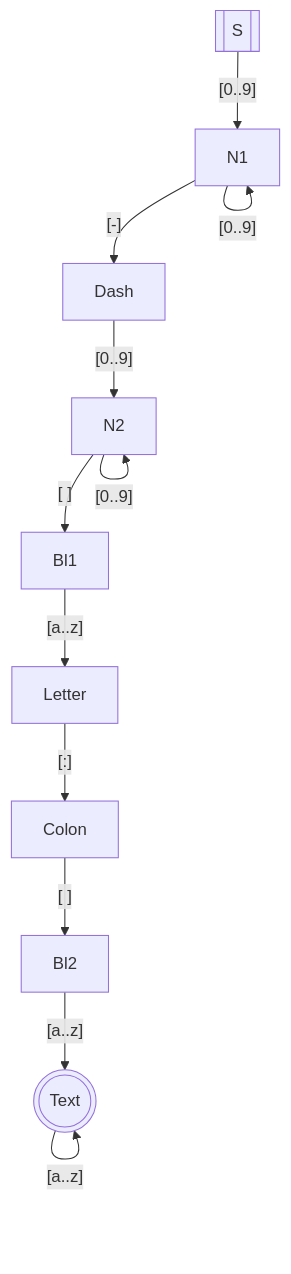
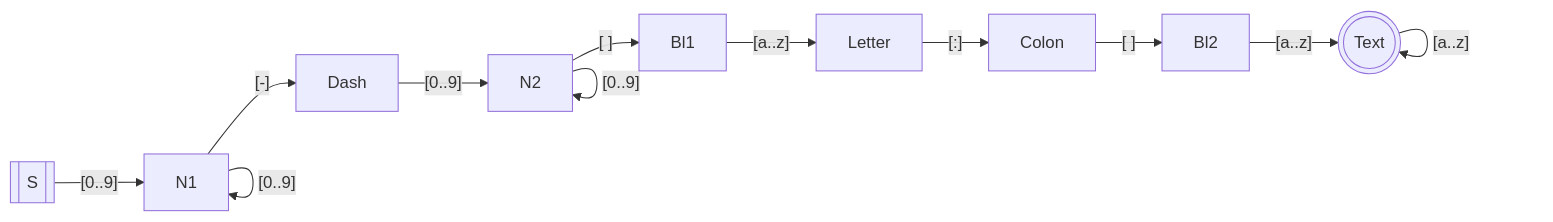
Before and after one commit to jepoen/screencasts: the diagram in rust/adventofcode-2020/day02/README.md, drawn with Mermaid.

Commit message:
added ; to diagram

```diff
--- a/rust/adventofcode-2020/day02/README.md
+++ b/rust/adventofcode-2020/day02/README.md
@@ -27,17 +27,17 @@
 ~~~mermaid
-flowchart
-S[[S]]
-Text(((Text)))
+flowchart LR;
+S[[S]];
+Text(((Text)));
 
-S-->|"[0..9]"|N1
-N1-->|"[0..9]"|N1
-N1-->|"[-]"|Dash
-Dash-->|"[0..9]"|N2
-N2-->|"[0..9]"|N2
-N2-->|"[ ]"|Bl1
-Bl1-->|"[a..z]"|Letter
-Letter-->|"[:]"|Colon
-Colon-->|"[ ]"|Bl2
-Bl2-->|"[a..z]"|Text
-Text-->|"[a..z]"|Text
+S-->|"[0..9]"|N1;
+N1-->|"[0..9]"|N1;
+N1-->|"[-]"|Dash;
+Dash-->|"[0..9]"|N2;
+N2-->|"[0..9]"|N2;
+N2-->|"[ ]"|Bl1;
+Bl1-->|"[a..z]"|Letter;
+Letter-->|"[:]"|Colon;
+Colon-->|"[ ]"|Bl2;
+Bl2-->|"[a..z]"|Text;
+Text-->|"[a..z]"|Text;
 ~~~
```
